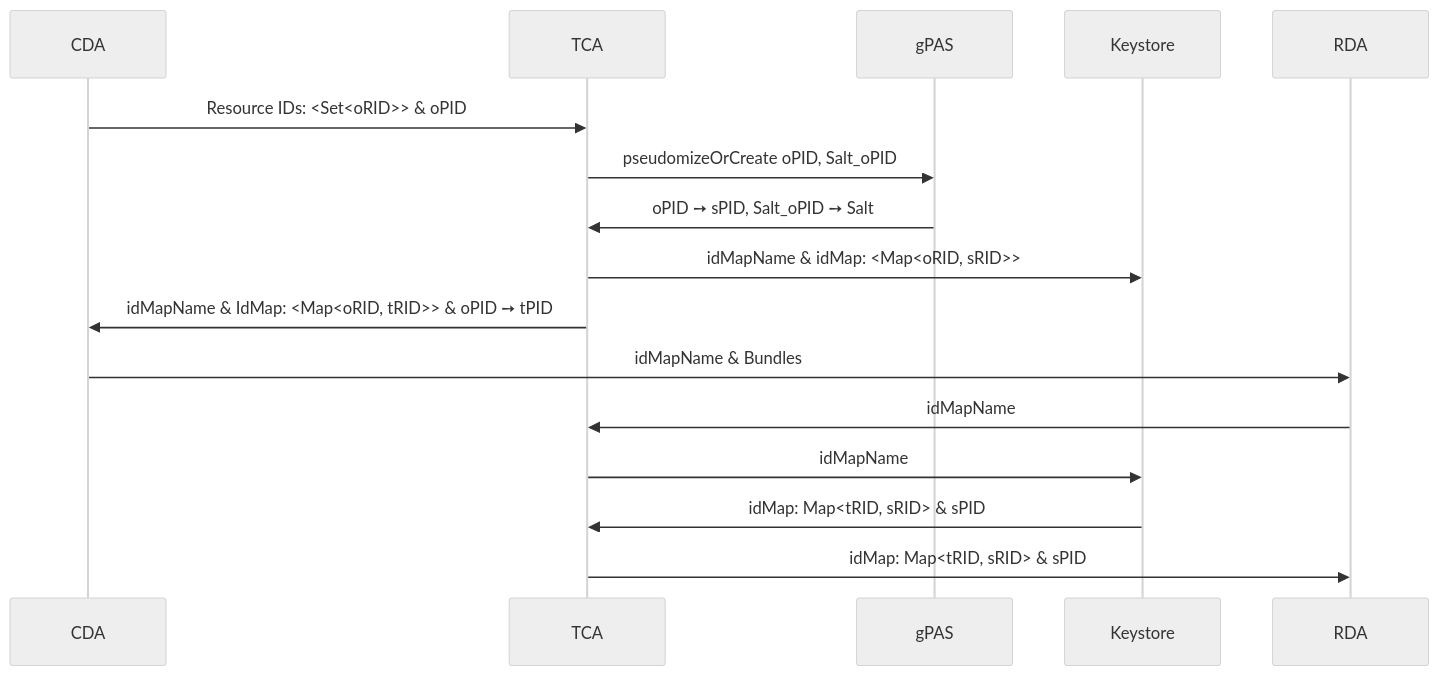
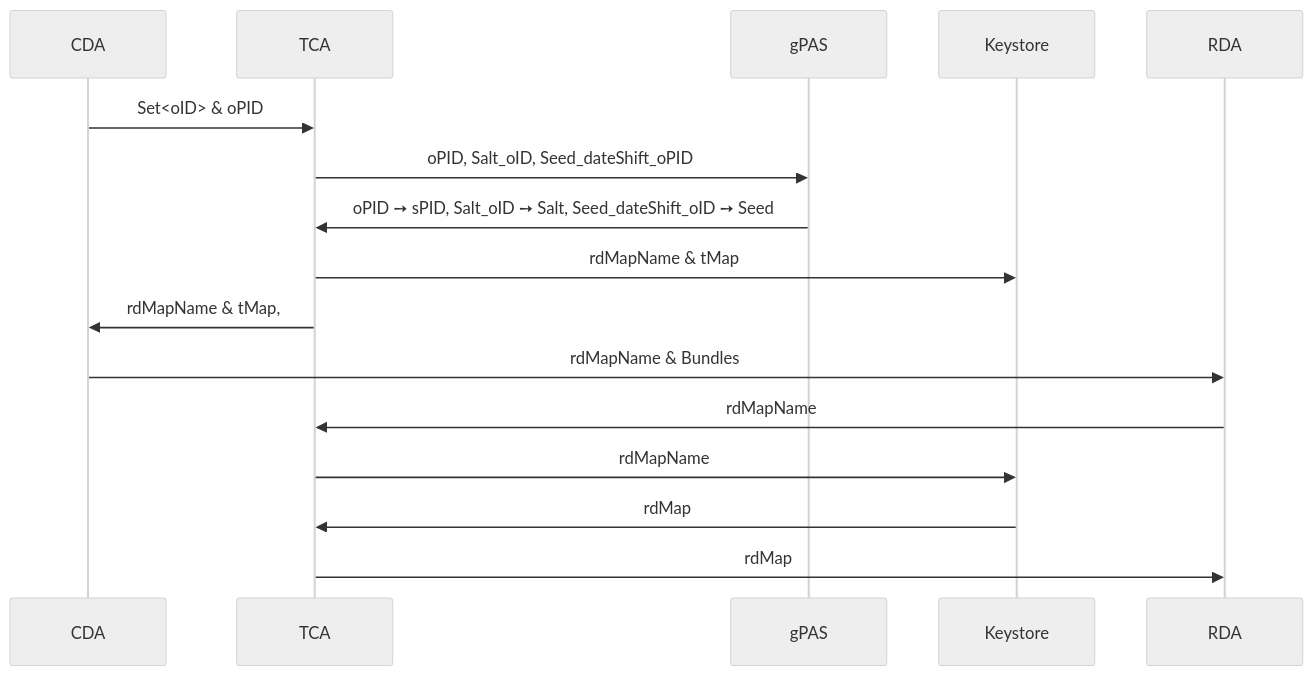
Before and after one commit to medizininformatik-initiative/fts-next: the diagram in docs/technical-details/deidentification.md, drawn with Mermaid (neutral theme). The commit also changed other lines of this file, not shown here.

````diff
--- a/docs/technical-details/deidentification.md
+++ b/docs/technical-details/deidentification.md
@@ -45,13 +64,13 @@
 ```mermaid
 sequenceDiagram
-    CDA ->> TCA: Resource IDs: <Set<oRID>> & oPID
-    TCA ->> gPAS: pseudomizeOrCreate oPID, Salt_oPID
-    gPAS ->> TCA: oPID ➙ sPID, Salt_oPID ➙ Salt
-    TCA ->> Keystore: idMapName & idMap: <Map<oRID, sRID>>
-    TCA ->> CDA: idMapName & IdMap: <Map<oRID, tRID>> & oPID ➙ tPID
-    CDA ->> RDA: idMapName & Bundles
-    RDA ->> TCA: idMapName
-    TCA ->> Keystore: idMapName
-    Keystore ->> TCA: idMap: Map<tRID, sRID> & sPID
-    TCA ->> RDA: idMap: Map<tRID, sRID> & sPID
+    CDA ->> TCA: Set<oID> & oPID
+    TCA ->> gPAS: oPID, Salt_oID, Seed_dateShift_oPID
+    gPAS ->> TCA: oPID ➙ sPID, Salt_oID ➙ Salt, Seed_dateShift_oID ➙ Seed
+    TCA ->> Keystore: rdMapName & tMap
+    TCA ->> CDA: rdMapName & tMap,
+    CDA ->> RDA: rdMapName & Bundles
+    RDA ->> TCA: rdMapName
+    TCA ->> Keystore: rdMapName
+    Keystore ->> TCA: rdMap
+    TCA ->> RDA: rdMap
 ```
````
